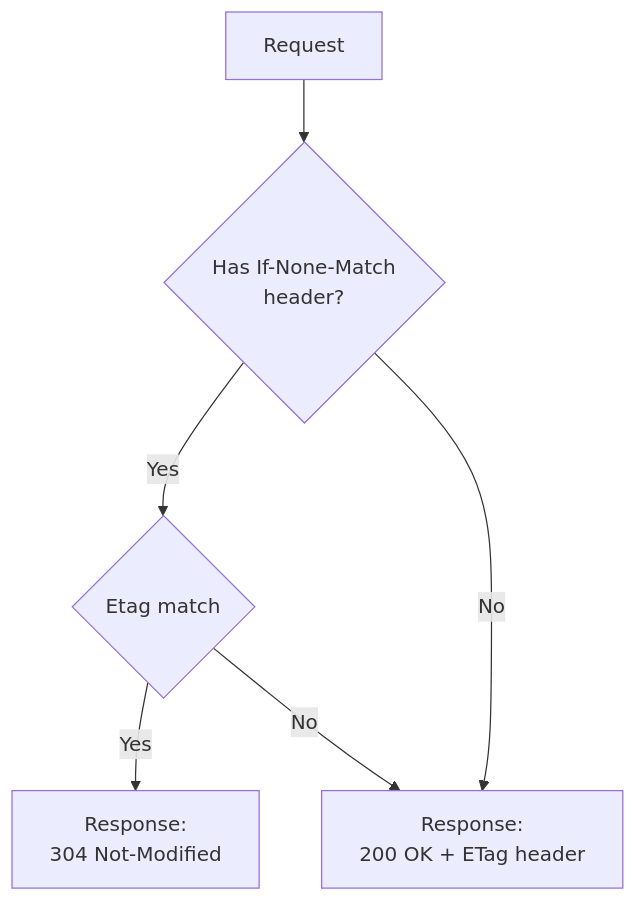
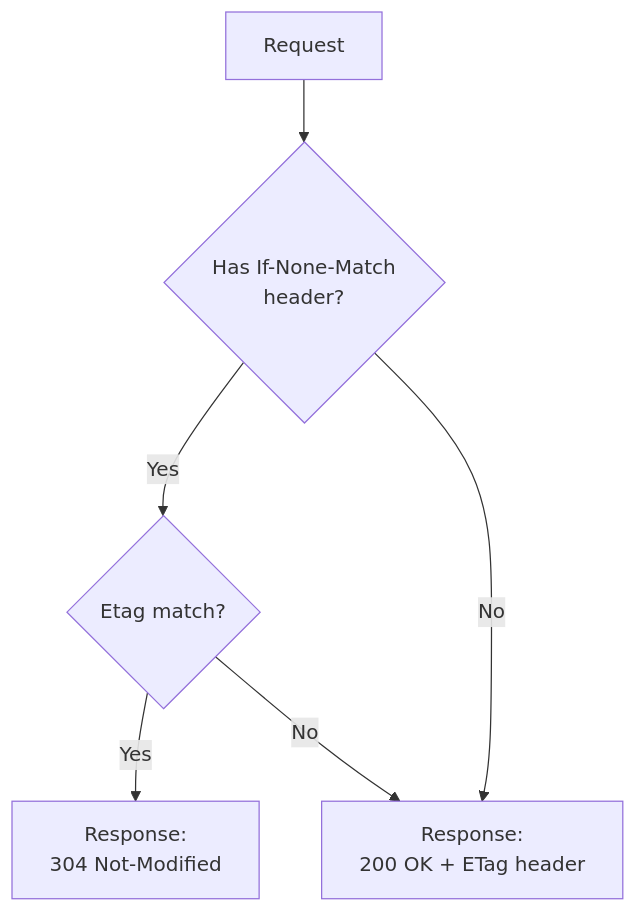
One commit to SimonCropp/Delta changed the diagram in readme.md. Above: the diagram before and after it, drawn with Mermaid.

````diff
--- a/readme.md
+++ b/readme.md
@@ -22,13 +22,13 @@
 ```mermaid
 graph TD
     Request
     IfNoneMatch{Has If-None-Match<br/>header?}
-    EtagMatch{Etag match}
+    EtagMatch{Etag match?}
     200[Response:<br/>200 OK + ETag header]
     304[Response:<br/>304 Not-Modified]
     Request --> IfNoneMatch
     IfNoneMatch -->|Yes| EtagMatch
     IfNoneMatch -->|No| 200
     EtagMatch -->|Yes| 304
     EtagMatch -->|No| 200
 ```
````
